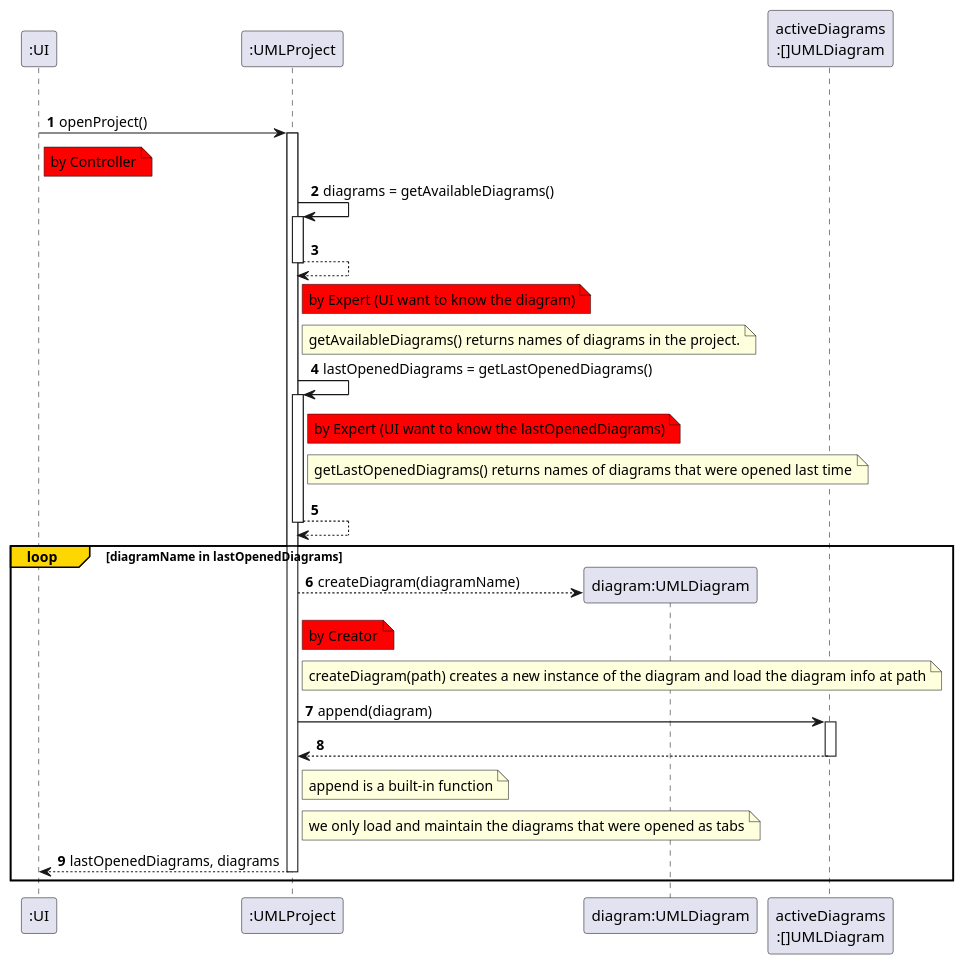
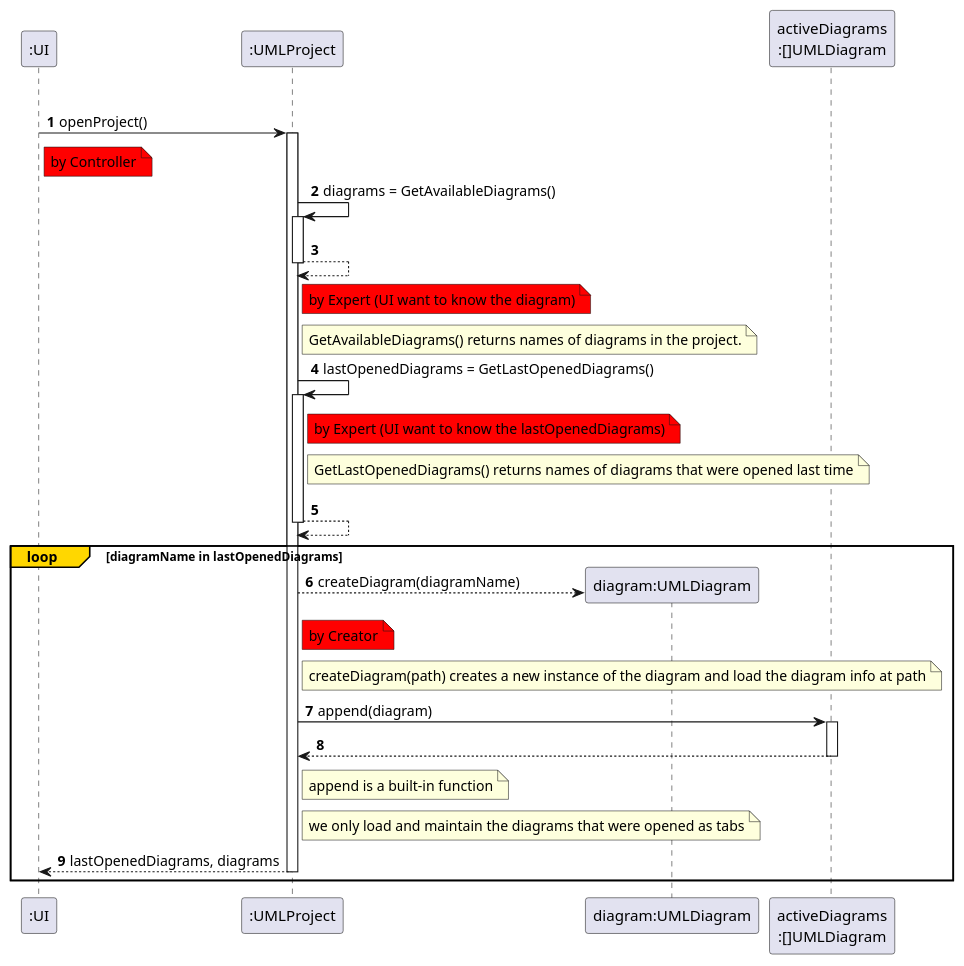
The first of 16 diagrams in docs/graphs/ssd.iuml (Vghxv/Dr.UML__________________), drawn with PlantUML before and after one commit. The commit also changed other lines of this file and 2 other files, not shown here.

Commit message:
docs(diagram): Finish DCD and SSD

```diff
--- a/docs/graphs/ssd.iuml
+++ b/docs/graphs/ssd.iuml
@@ -1,32 +1,32 @@
-@startuml
+@startuml openProject
 autonumber
 group#gold #white openProject
     autoactivate on
     participant ":UI"
     participant ":UMLProject"
     
     ":UI" -> ":UMLProject": openProject()
     note right of ":UI" #red: by Controller
-    ":UMLProject" -> ":UMLProject": diagrams = getAvailableDiagrams()
+    ":UMLProject" -> ":UMLProject": diagrams = GetAvailableDiagrams()
     return
     note right of ":UMLProject" #red: by Expert (UI want to know the diagram)
-    note right of ":UMLProject": getAvailableDiagrams() returns names of diagrams in the project.
+    note right of ":UMLProject": GetAvailableDiagrams() returns names of diagrams in the project.
 
-    ":UMLProject" -> ":UMLProject": lastOpenedDiagrams = getLastOpenedDiagrams()
+    ":UMLProject" -> ":UMLProject": lastOpenedDiagrams = GetLastOpenedDiagrams()
     note right of ":UMLProject" #red: by Expert (UI want to know the lastOpenedDiagrams)
-    note right of ":UMLProject": getLastOpenedDiagrams() returns names of diagrams that were opened last time
+    note right of ":UMLProject": GetLastOpenedDiagrams() returns names of diagrams that were opened last time
     return 
 
     loop#gold #white diagramName in lastOpenedDiagrams
         ":UMLProject" --> "diagram:UMLDiagram" ** : createDiagram(diagramName)
         note right of ":UMLProject" #red: by Creator
         note right of ":UMLProject": createDiagram(path) creates a new instance of the diagram and load the diagram info at path
         participant "activeDiagrams\n:[]UMLDiagram"
         ":UMLProject" -> "activeDiagrams\n:[]UMLDiagram": append(diagram)
         return
         note right of ":UMLProject": append is a built-in function
         note right of ":UMLProject": we only load and maintain the diagrams that were opened as tabs
 
     return lastOpenedDiagrams, diagrams
 end
 @enduml
```
